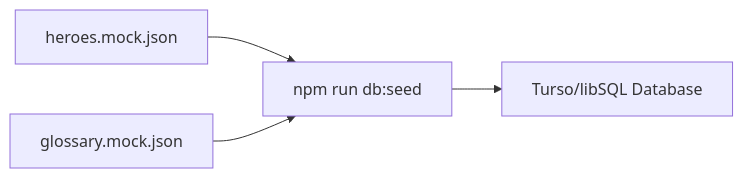
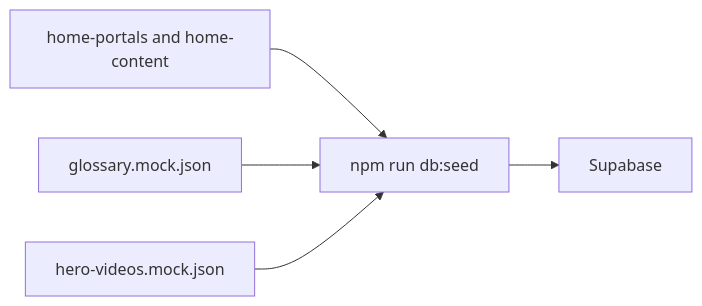
Before and after one commit to anthonyturner/rivals-pulse-web: the second of 8 diagrams in docs/content-data-flow.md, drawn with Mermaid. The commit also changed other lines of this file and 44 other files, not shown here.

First line of the commit message:
chore(database): retire Turso

````diff
--- a/docs/content-data-flow.md
+++ b/docs/content-data-flow.md
@@ -49,6 +52,7 @@
 ```mermaid
 flowchart LR
-  HeroesJson["heroes.mock.json"] --> SeedScript["npm run db:seed"]
+  HomeJson["home-portals and home-content"] --> SeedScript["npm run db:seed"]
   GlossaryJson["glossary.mock.json"] --> SeedScript
-  SeedScript --> Database["Turso/libSQL Database"]
+  VideosJson["hero-videos.mock.json"] --> SeedScript
+  SeedScript --> Database["Supabase"]
 ```
````
